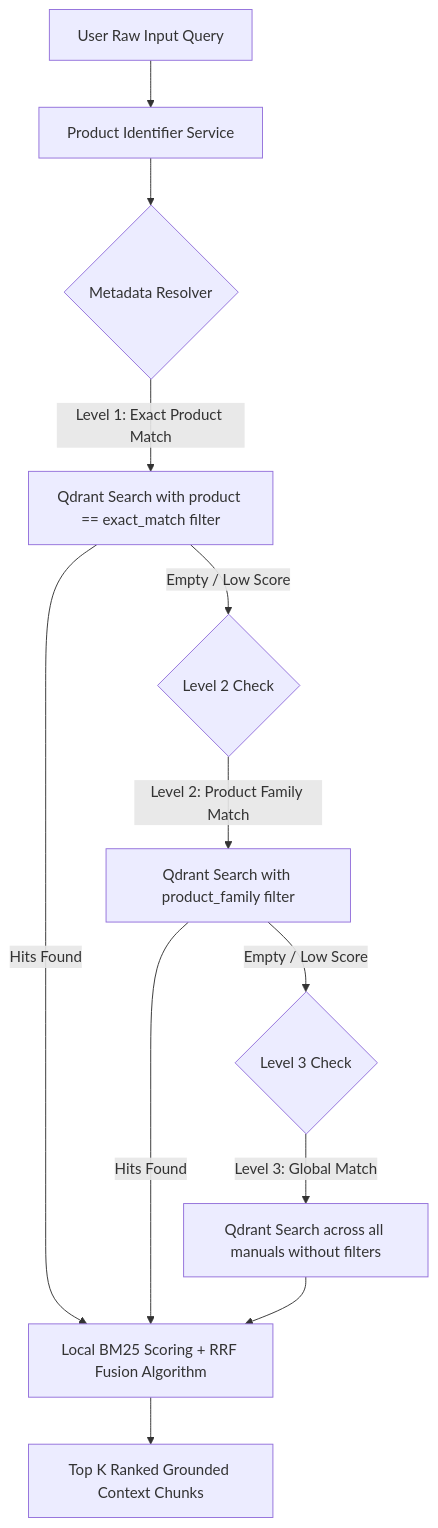
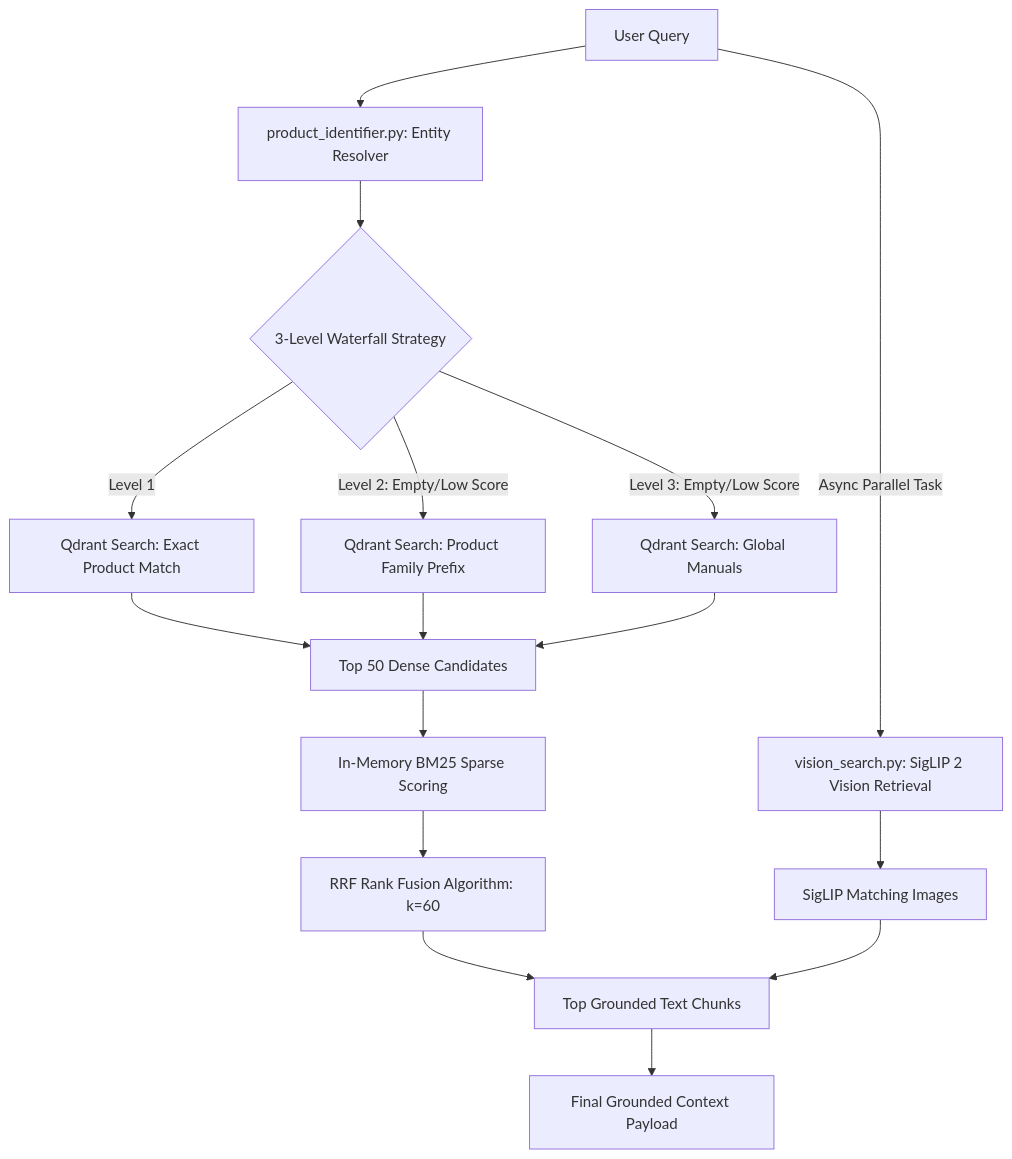
One commit to Santhosh-p653/rag-multimodal-assistant changed the second of 6 diagrams in architecture.md. Above: the diagram before and after it, drawn with Mermaid. The commit also changed other lines of this file and 2 other files, not shown here.

````diff
--- a/architecture.md
+++ b/architecture.md
@@ -109,19 +89,23 @@
 ```mermaid
 graph TD
-    Query[User Raw Input Query] --> EntityExtractor[Product Identifier Service]
-    EntityExtractor --> Resolver{Metadata Resolver}
+    Query[User Query] --> Entities[product_identifier.py: Entity Resolver]
     
-    Resolver -->|Level 1: Exact Product Match| QdrantL1[Qdrant Search with product == exact_match filter]
-    QdrantL1 -->|Empty / Low Score| ResolverL2{Level 2 Check}
+    Entities --> Waterfall{3-Level Waterfall Strategy}
+    Waterfall -->|Level 1| Exact[Qdrant Search: Exact Product Match]
+    Waterfall -->|Level 2: Empty/Low Score| Family[Qdrant Search: Product Family Prefix]
+    Waterfall -->|Level 3: Empty/Low Score| Global[Qdrant Search: Global Manuals]
     
-    ResolverL2 -->|Level 2: Product Family Match| QdrantL2[Qdrant Search with product_family filter]
-    QdrantL2 -->|Empty / Low Score| ResolverL3{Level 3 Check}
+    Exact --> Candidates[Top 50 Dense Candidates]
+    Family --> Candidates
+    Global --> Candidates
     
-    ResolverL3 -->|Level 3: Global Match| QdrantL3[Qdrant Search across all manuals without filters]
+    Candidates --> BM25[In-Memory BM25 Sparse Scoring]
+    BM25 --> RRF[RRF Rank Fusion Algorithm: k=60]
     
-    QdrantL1 -->|Hits Found| RankFusion[Local BM25 Scoring + RRF Fusion Algorithm]
-    QdrantL2 -->|Hits Found| RankFusion
-    QdrantL3 --> RankFusion
+    Query -->|Async Parallel Task| SigLIPSearch[vision_search.py: SigLIP 2 Vision Retrieval]
+    SigLIPSearch --> ImageHits[SigLIP Matching Images]
     
-    RankFusion --> GroundedChunks[Top K Ranked Grounded Context Chunks]
+    RRF --> ContextFusion[Top Grounded Text Chunks]
+    ImageHits --> ContextFusion
+    ContextFusion --> Output[Final Grounded Context Payload]
 ```
````
